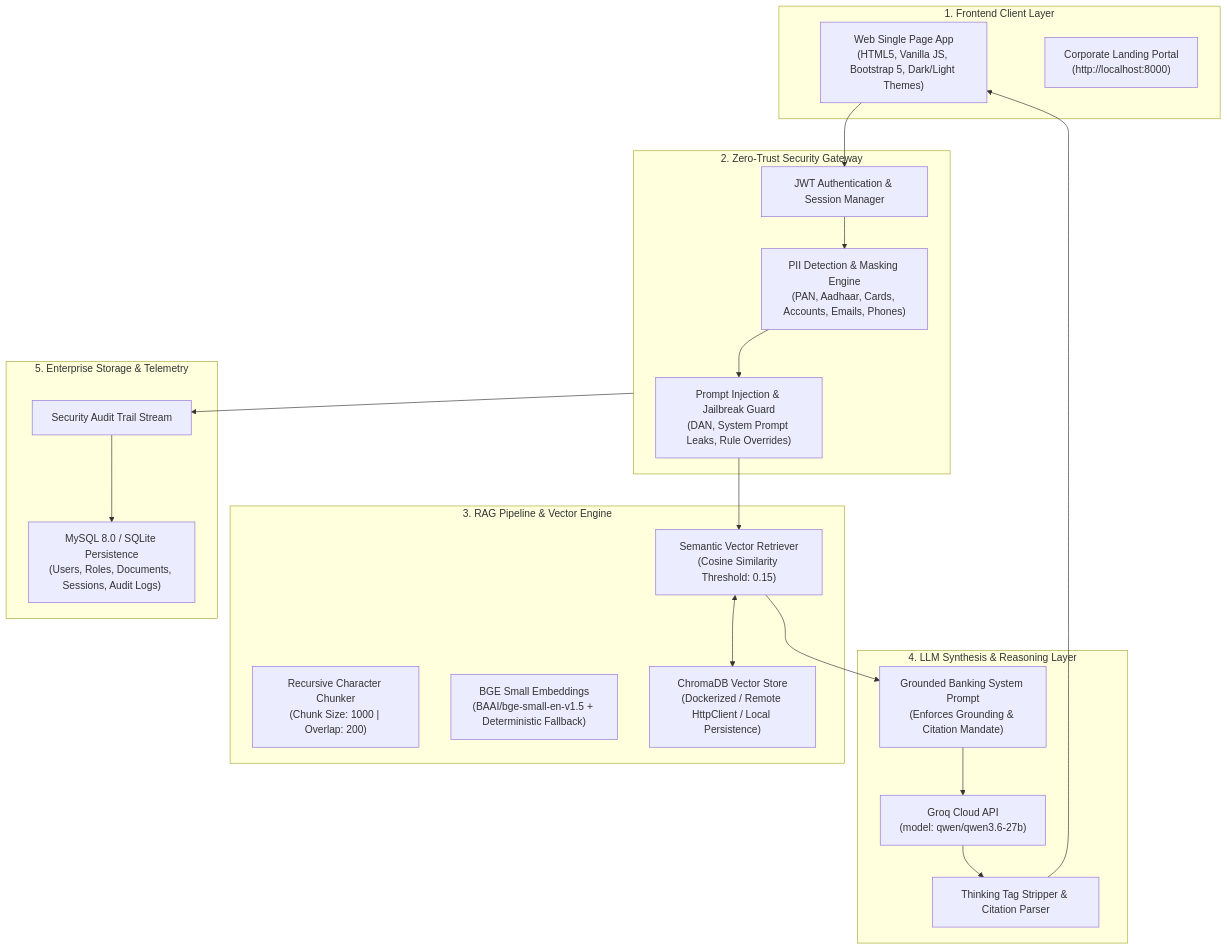
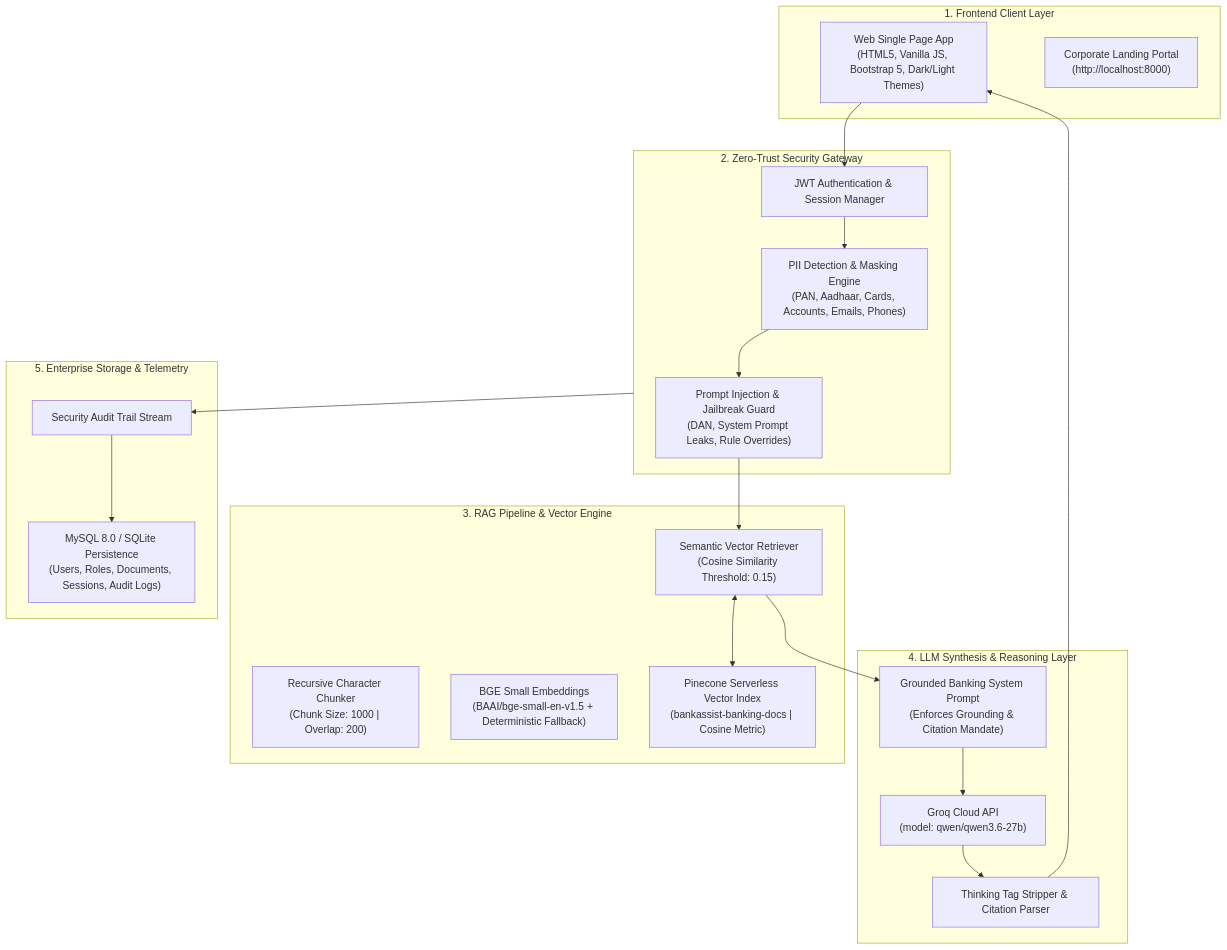
Before and after one commit to bittush8789/enterprise-banking-fde-rag: the diagram in README.md, drawn with Mermaid. The commit also changed other lines of this file and 8 other files, not shown here.

Commit message:
feat: Integrate Pinecone Serverless Vector DB and update RAG pipeline

````diff
--- a/README.md
+++ b/README.md
@@ -82,43 +82,43 @@
 ```mermaid
 flowchart TB
     subgraph ClientLayer ["1. Frontend Client Layer"]
         UI["Web Single Page App\n(HTML5, Vanilla JS, Bootstrap 5, Dark/Light Themes)"]
         Landing["Corporate Landing Portal\n(http://localhost:8000)"]
     end
 
     subgraph SecurityGateway ["2. Zero-Trust Security Gateway"]
         PII_In["PII Detection & Masking Engine\n(PAN, Aadhaar, Cards, Accounts, Emails, Phones)"]
         Inj_Guard["Prompt Injection & Jailbreak Guard\n(DAN, System Prompt Leaks, Rule Overrides)"]
         Auth_JWT["JWT Authentication & Session Manager"]
     end
 
     subgraph RAGPipeline ["3. RAG Pipeline & Vector Engine"]
         Chunker["Recursive Character Chunker\n(Chunk Size: 1000 | Overlap: 200)"]
         Embeddings["BGE Small Embeddings\n(BAAI/bge-small-en-v1.5 + Deterministic Fallback)"]
-        ChromaContainer["ChromaDB Vector Store\n(Dockerized / Remote HttpClient / Local Persistence)"]
+        PineconeStore["Pinecone Serverless Vector Index\n(bankassist-banking-docs | Cosine Metric)"]
         Retriever["Semantic Vector Retriever\n(Cosine Similarity Threshold: 0.15)"]
     end
 
     subgraph ReasoningLayer ["4. LLM Synthesis & Reasoning Layer"]
         Groq_API["Groq Cloud API\n(model: qwen/qwen3.6-27b)"]
         PromptEngine["Grounded Banking System Prompt\n(Enforces Grounding & Citation Mandate)"]
         ReasoningFilter["Thinking Tag Stripper & Citation Parser"]
     end
 
     subgraph AuditDB ["5. Enterprise Storage & Telemetry"]
         MySQL_DB["MySQL 8.0 / SQLite Persistence\n(Users, Roles, Documents, Sessions, Audit Logs)"]
         AuditEngine["Security Audit Trail Stream"]
     end
 
     UI --> Auth_JWT
     Auth_JWT --> PII_In
     PII_In --> Inj_Guard
     Inj_Guard --> Retriever
-    Retriever <--> ChromaContainer
+    Retriever <--> PineconeStore
     Retriever --> PromptEngine
     PromptEngine --> Groq_API
     Groq_API --> ReasoningFilter
     ReasoningFilter --> UI
     SecurityGateway --> AuditEngine
     AuditEngine --> MySQL_DB
 ```
````
